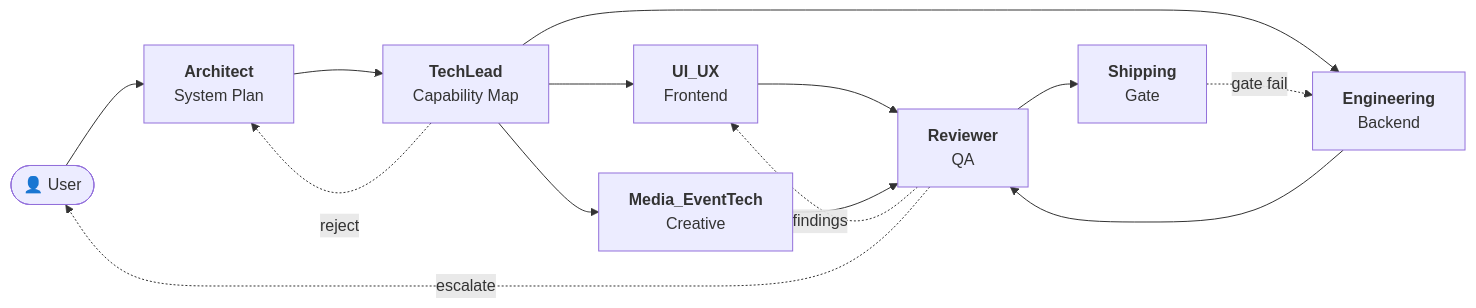
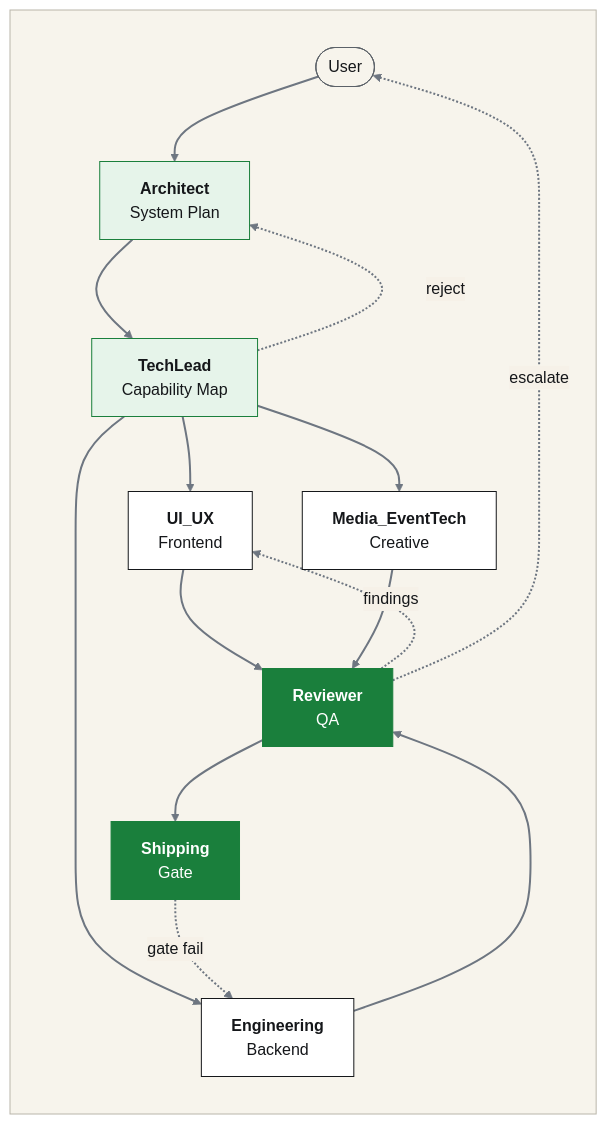
Before and after one commit to hybridlabor-api/aos: the first of 11 diagrams in README.md, drawn with Mermaid. The commit also changed other lines of this file and 4 other files, not shown here.

````diff
--- a/README.md
+++ b/README.md
@@ -42,21 +246,39 @@
 ```mermaid
-flowchart LR
-    U(["👤 User"])
-    A["<b>Architect</b><br/><span>System Plan</span>"]
-    T["<b>TechLead</b><br/><span>Capability Map</span>"]
-    UX["<b>UI_UX</b><br/><span>Frontend</span>"]
-    EN["<b>Engineering</b><br/><span>Backend</span>"]
-    ME["<b>Media_EventTech</b><br/><span>Creative</span>"]
-    R["<b>Reviewer</b><br/><span>QA</span>"]
-    S["<b>Shipping</b><br/><span>Gate</span>"]
+%%{init: {"theme": "base", "themeVariables": {"lineColor": "#6e7681", "edgeLabelBackground": "#f6f1e8", "textColor": "#15171A", "clusterBkg": "#F7F4EC", "clusterBorder": "#B9B5AA", "titleColor": "#15171A", "primaryColor": "#FFFFFF", "primaryBorderColor": "#15171A", "primaryTextColor": "#15171A"}}}%%
+flowchart TB
+    subgraph SG[" "]
+    direction TB
+    U(["User"])
+    A["<b>Architect</b><br/>System Plan"]
+    T["<b>TechLead</b><br/>Capability Map"]
+    UX["<b>UI_UX</b><br/>Frontend"]
+    EN["<b>Engineering</b><br/>Backend"]
+    ME["<b>Media_EventTech</b><br/>Creative"]
+    R["<b>Reviewer</b><br/>QA"]
+    S["<b>Shipping</b><br/>Gate"]
 
     U --> A --> T
     T --> UX & EN & ME
     UX & EN & ME --> R
     R --> S
 
     T -.->|reject| A
     R -.->|findings| UX
     S -.->|gate fail| EN
     R -.->|escalate| U
+    end
+
+    classDef plan fill:#E6F4EA,stroke:#1A7F3C,color:#15171A
+    classDef build fill:#FFFFFF,stroke:#15171A,color:#15171A
+    classDef gate fill:#1A7F3C,stroke:#1A7F3C,color:#FFFFFF
+    classDef human fill:#F7F4EC,stroke:#5B6168,color:#15171A
+    classDef store fill:#F7F4EC,stroke:#B9B5AA,color:#15171A
+    linkStyle default stroke:#6e7681,stroke-width:2px
+
+    style SG fill:#F7F4EC,stroke:#B9B5AA,color:#15171A
+
+    class A,T plan
+    class UX,EN,ME build
+    class R,S gate
+    class U human
 ```
````
